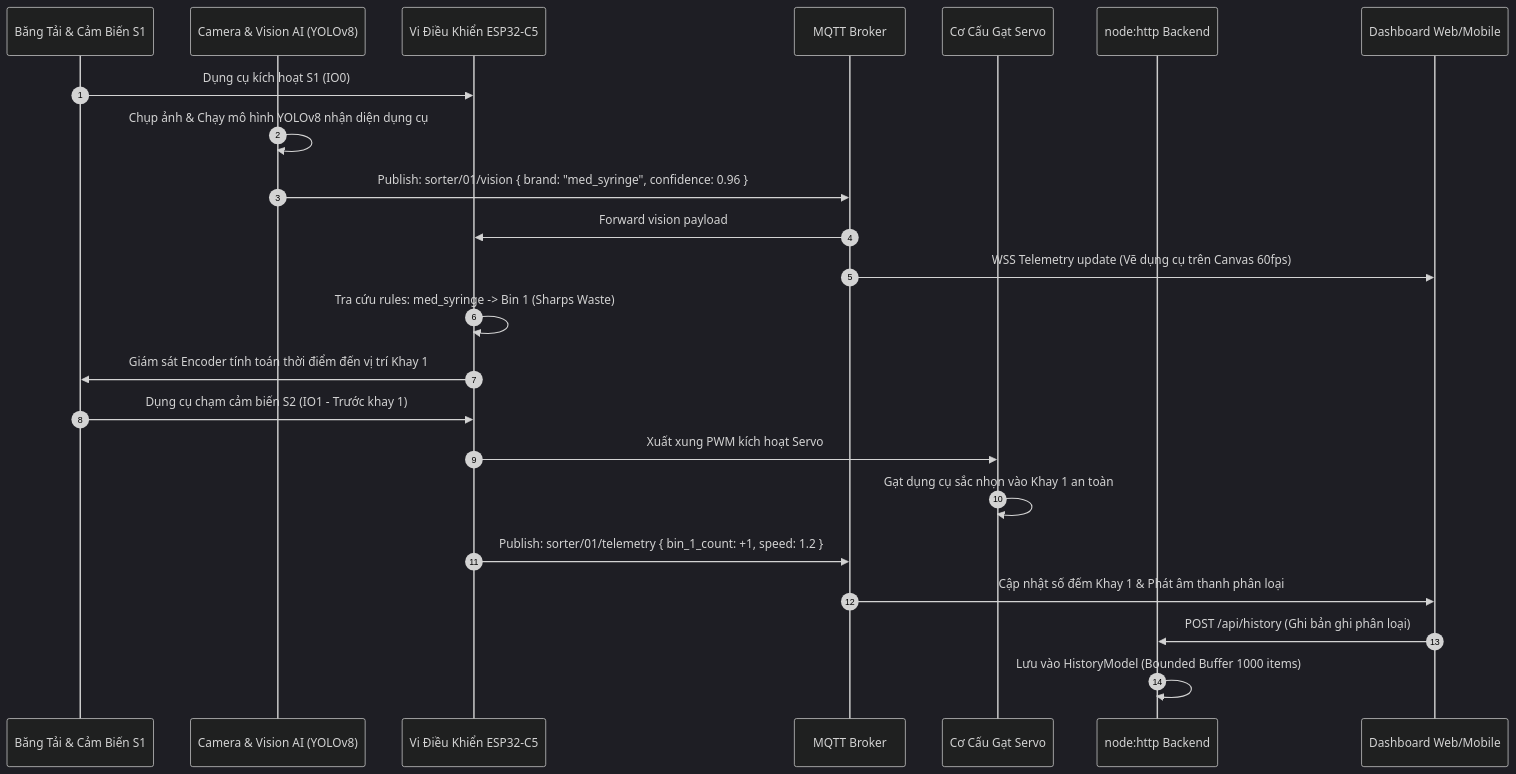
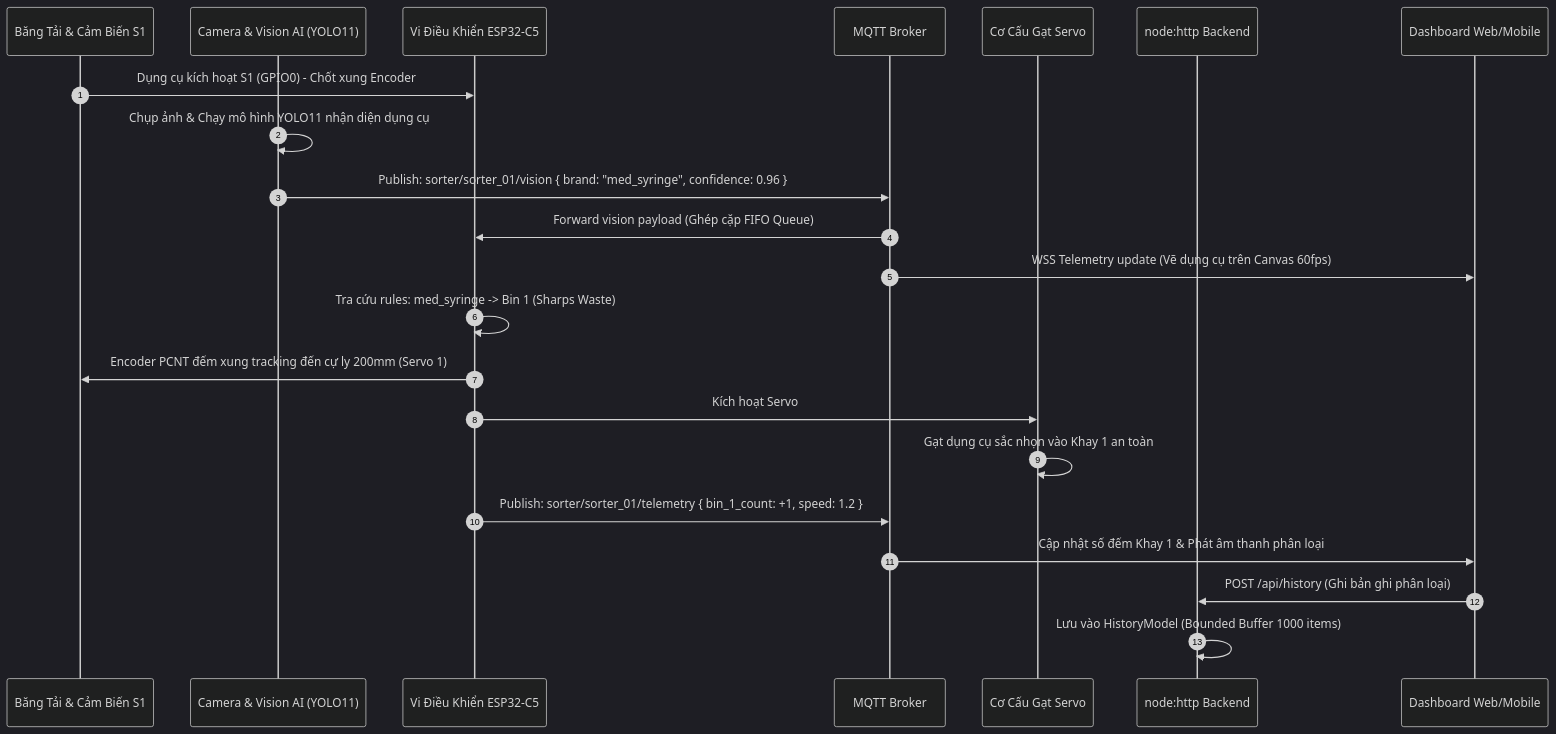
Before and after one commit to duyphong375/PBL3-SortiX-Med: the first of 5 diagrams in SortiX-Dashboard/docs/architecture.md, drawn with Mermaid (dark theme). The commit also changed other lines of this file and 8 other files, not shown here.

````diff
--- a/SortiX-Dashboard/docs/architecture.md
+++ b/SortiX-Dashboard/docs/architecture.md
@@ -218,30 +221,29 @@
 ```mermaid
 sequenceDiagram
     autonumber
     participant Belt as Băng Tải & Cảm Biến S1
-    participant Cam as Camera & Vision AI (YOLOv8)
+    participant Cam as Camera & Vision AI (YOLO11)
     participant ESP as Vi Điều Khiển ESP32-C5
     participant Broker as MQTT Broker
     participant Servo as Cơ Cấu Gạt Servo
     participant Server as node:http Backend
     participant UI as Dashboard Web/Mobile
 
-    Belt->>ESP: Dụng cụ kích hoạt S1 (IO0)
-    Cam->>Cam: Chụp ảnh & Chạy mô hình YOLOv8 nhận diện dụng cụ
-    Cam->>Broker: Publish: sorter/01/vision { brand: "med_syringe", confidence: 0.96 }
-    Broker->>ESP: Forward vision payload
+    Belt->>ESP: Dụng cụ kích hoạt S1 (GPIO0) - Chốt xung Encoder
+    Cam->>Cam: Chụp ảnh & Chạy mô hình YOLO11 nhận diện dụng cụ
+    Cam->>Broker: Publish: sorter/sorter_01/vision { brand: "med_syringe", confidence: 0.96 }
+    Broker->>ESP: Forward vision payload (Ghép cặp FIFO Queue)
     Broker->>UI: WSS Telemetry update (Vẽ dụng cụ trên Canvas 60fps)
     
     ESP->>ESP: Tra cứu rules: med_syringe -> Bin 1 (Sharps Waste)
-    ESP->>Belt: Giám sát Encoder tính toán thời điểm đến vị trí Khay 1
+    ESP->>Belt: Encoder PCNT đếm xung tracking đến cự ly 200mm (Servo 1)
     
-    Belt->>ESP: Dụng cụ chạm cảm biến S2 (IO1 - Trước khay 1)
-    ESP->>Servo: Xuất xung PWM kích hoạt Servo #1 (IO23) gạt phôi
+    ESP->>Servo: Kích hoạt Servo #1 (GPIO6) gạt phôi non-blocking
     Servo->>Servo: Gạt dụng cụ sắc nhọn vào Khay 1 an toàn
     
-    ESP->>Broker: Publish: sorter/01/telemetry { bin_1_count: +1, speed: 1.2 }
+    ESP->>Broker: Publish: sorter/sorter_01/telemetry { bin_1_count: +1, speed: 1.2 }
     Broker->>UI: Cập nhật số đếm Khay 1 & Phát âm thanh phân loại
     
     UI->>Server: POST /api/history (Ghi bản ghi phân loại)
     Server->>Server: Lưu vào HistoryModel (Bounded Buffer 1000 items)
 ```
````
